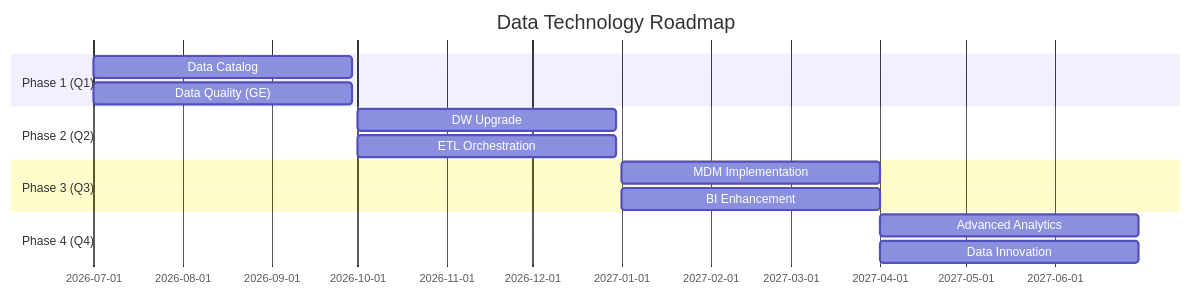
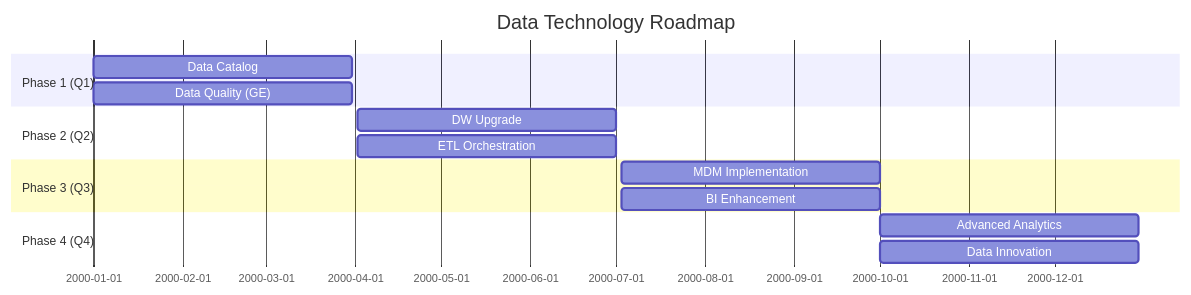
The diagram in document-template/15_Data_Management/Data-Technology-Roadmap.md (oat431/swe-knowledge), drawn with Mermaid before and after one commit. The commit also changed 56 other files, not shown here.

````diff
--- a/document-template/15_Data_Management/Data-Technology-Roadmap.md
+++ b/document-template/15_Data_Management/Data-Technology-Roadmap.md
@@ -57,17 +57,18 @@
 ```mermaid
 gantt
     title Data Technology Roadmap
     dateFormat YYYY-MM-DD
+    %% Placeholder schedule: base 2000-01-01 = project start; recompute real dates when instantiating
     section Phase 1 (Q1)
-    Data Catalog           :a1, 2026-07-01, 90d
-    Data Quality (GE)      :a2, 2026-07-01, 90d
+    Data Catalog           :a1, 2000-01-01, 90d
+    Data Quality (GE)      :a2, 2000-01-01, 90d
     section Phase 2 (Q2)
-    DW Upgrade             :b1, 2026-10-01, 90d
-    ETL Orchestration      :b2, 2026-10-01, 90d
+    DW Upgrade             :b1, 2000-04-02, 90d
+    ETL Orchestration      :b2, 2000-04-02, 90d
     section Phase 3 (Q3)
-    MDM Implementation     :c1, 2027-01-01, 90d
-    BI Enhancement         :c2, 2027-01-01, 90d
+    MDM Implementation     :c1, 2000-07-03, 90d
+    BI Enhancement         :c2, 2000-07-03, 90d
     section Phase 4 (Q4)
-    Advanced Analytics     :d1, 2027-04-01, 90d
-    Data Innovation        :d2, 2027-04-01, 90d
+    Advanced Analytics     :d1, 2000-10-01, 90d
+    Data Innovation        :d2, 2000-10-01, 90d
 ```
````
